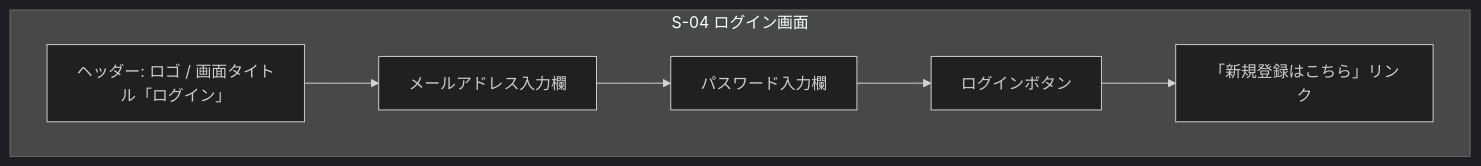
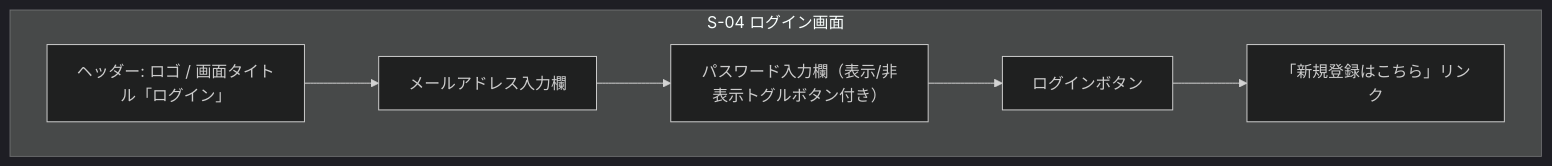
Before and after one commit to yamamotonaoki3/TaskManagement: the fourth of 5 diagrams in docs/details/wireframes.md, drawn with Mermaid (dark theme). The commit also changed other lines of this file and 3 other files, not shown here.

````diff
--- a/docs/details/wireframes.md
+++ b/docs/details/wireframes.md
@@ -56,11 +56,11 @@
 ```mermaid
 flowchart TB
     subgraph S04[S-04 ログイン画面]
         H04[ヘッダー: ロゴ / 画面タイトル「ログイン」]
         E04[メールアドレス入力欄]
-        P04[パスワード入力欄]
+        P04[パスワード入力欄（表示/非表示トグルボタン付き）]
         B04[ログインボタン]
         L04[「新規登録はこちら」リンク]
         H04 --> E04 --> P04 --> B04 --> L04
     end
 ```
````
